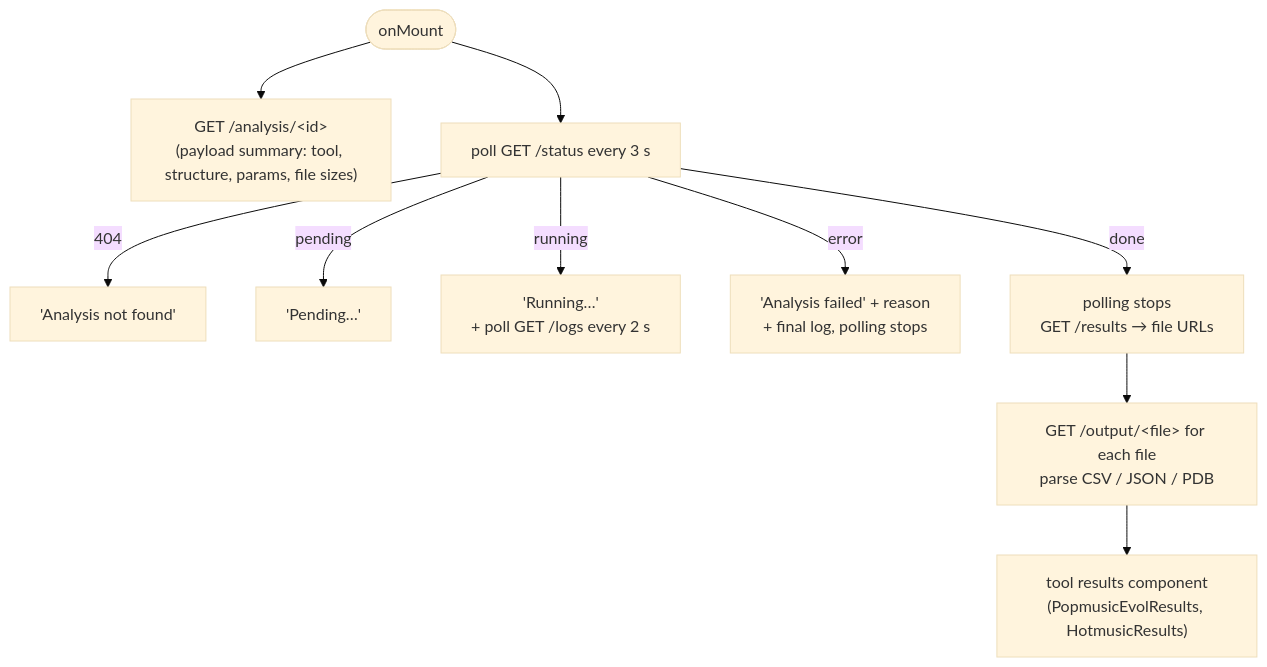
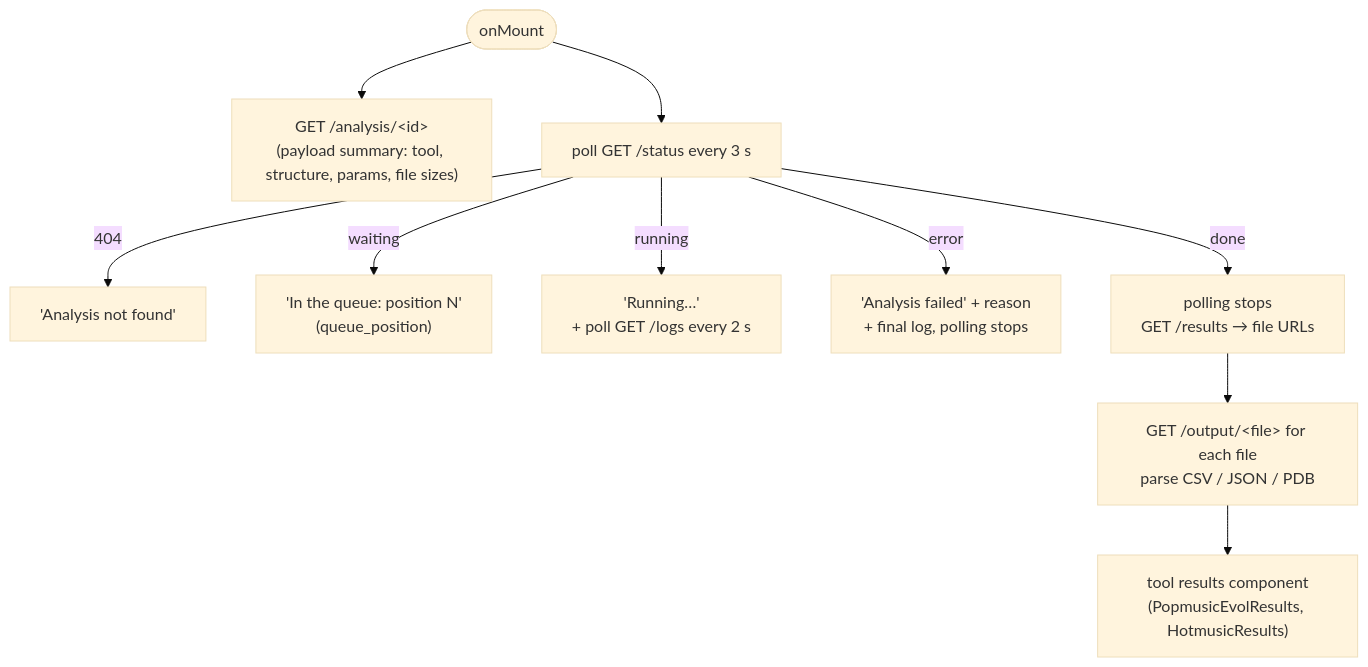
Before and after one commit to Benoitdw/dezyme: the fifth of 5 diagrams in docs/analysis-lifecycle.md, drawn with Mermaid (base theme). The commit also changed other lines of this file and 8 other files, not shown here.

````diff
--- a/docs/analysis-lifecycle.md
+++ b/docs/analysis-lifecycle.md
@@ -299,12 +306,12 @@
 ```mermaid
 flowchart TD
     O(["onMount"]) --> P["GET /analysis/&lt;id&gt;<br/>(payload summary: tool, structure, params, file sizes)"]
     O --> S["poll GET /status every 3 s"]
     S -- 404 --> NF["'Analysis not found'"]
-    S -- pending --> PE["'Pending…'"]
+    S -- waiting --> PE["'In the queue: position N'<br/>(queue_position)"]
     S -- running --> RU["'Running…'<br/>+ poll GET /logs every 2 s"]
     S -- error --> ER["'Analysis failed' + reason<br/>+ final log, polling stops"]
     S -- done --> D["polling stops<br/>GET /results → file URLs"]
     D --> F["GET /output/&lt;file&gt; for each file<br/>parse CSV / JSON / PDB"]
     F --> V["tool results component<br/>(PopmusicEvolResults, HotmusicResults)"]
 ```
````
